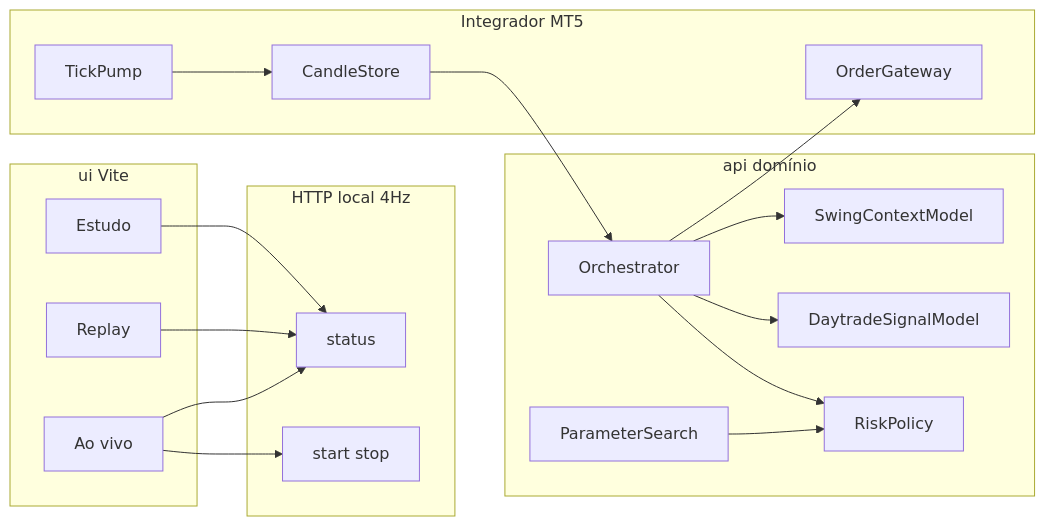
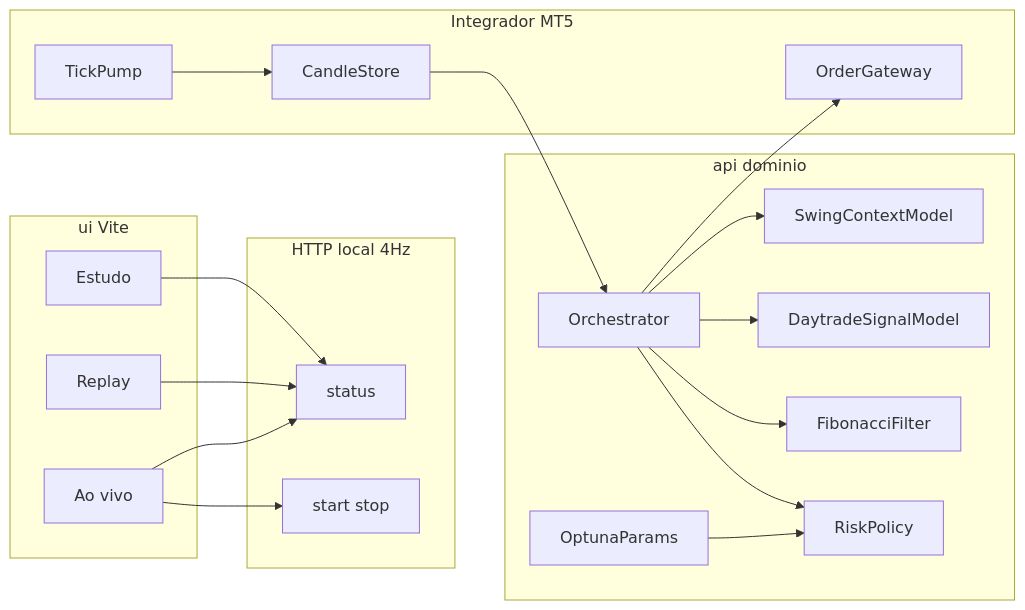
The diagram in docs/plano.md (arthurmb98/koletivo-trader), drawn with Mermaid before and after one commit. The commit also changed other lines of this file and 2 other files, not shown here.

Commit message:
Document M1+volume tensors and swing/fib weights capped at 0.4.

````diff
--- a/docs/plano.md
+++ b/docs/plano.md
@@ -32,35 +31,37 @@
 ```mermaid
 flowchart LR
   subgraph ui [ui Vite]
     Study[Estudo]
     Replay[Replay]
     Live[Ao vivo]
   end
   subgraph http [HTTP local 4Hz]
     Status[status]
     Arm[start stop]
   end
-  subgraph core [api domínio]
+  subgraph core [api dominio]
     Orch[Orchestrator]
     Swing[SwingContextModel]
     Day[DaytradeSignalModel]
-    Params[ParameterSearch]
+    Params[OptunaParams]
+    Fib[FibonacciFilter]
     Risk[RiskPolicy]
   end
   subgraph mt5 [Integrador MT5]
     Ticks[TickPump]
     Bars[CandleStore]
     Orders[OrderGateway]
   end
   Study --> Status
   Replay --> Status
   Live --> Status
   Live --> Arm
   Orch --> Swing
   Orch --> Day
+  Orch --> Fib
   Orch --> Risk
   Orch --> Orders
   Ticks --> Bars
   Bars --> Orch
   Params --> Risk
 ```
````
